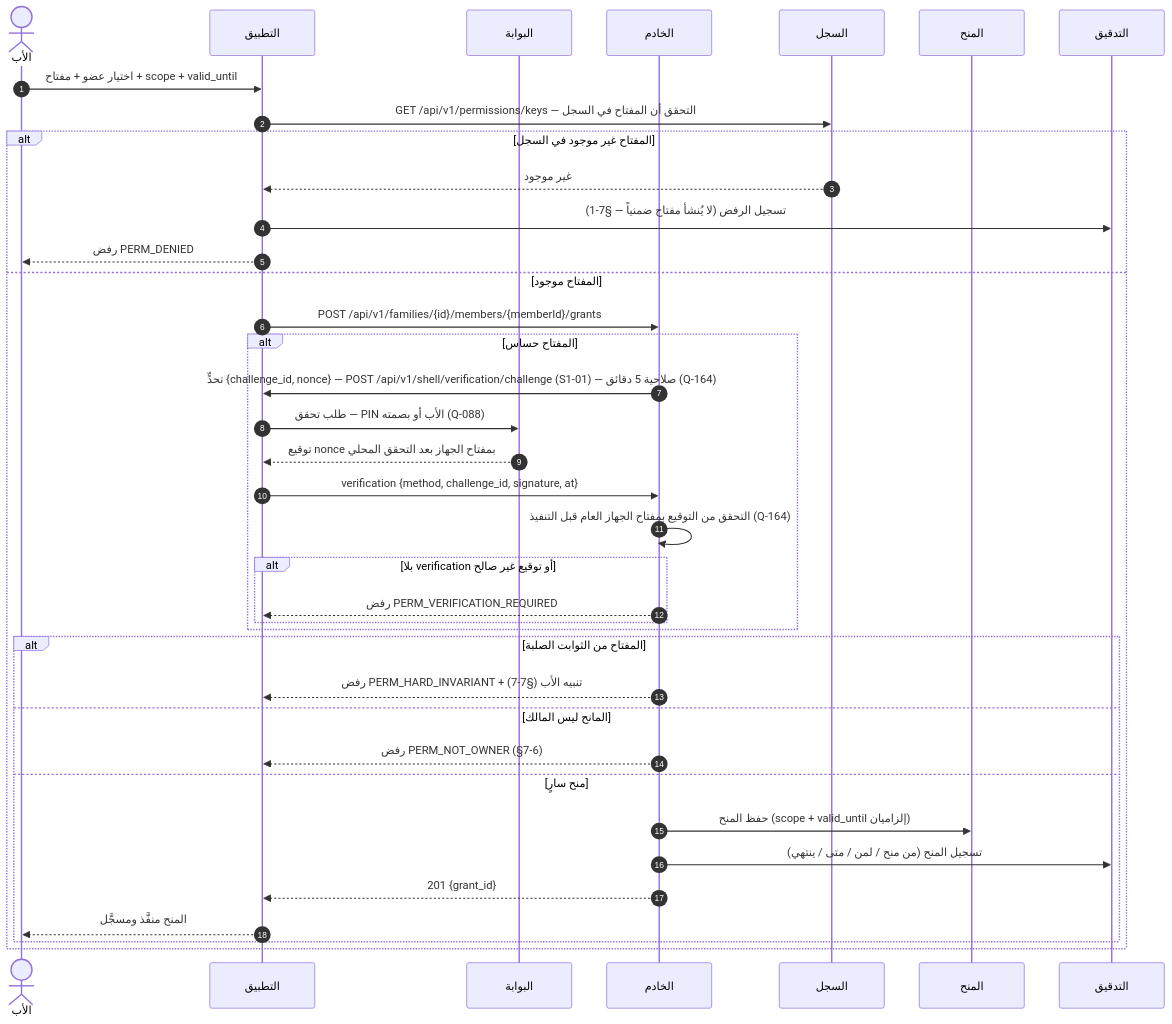
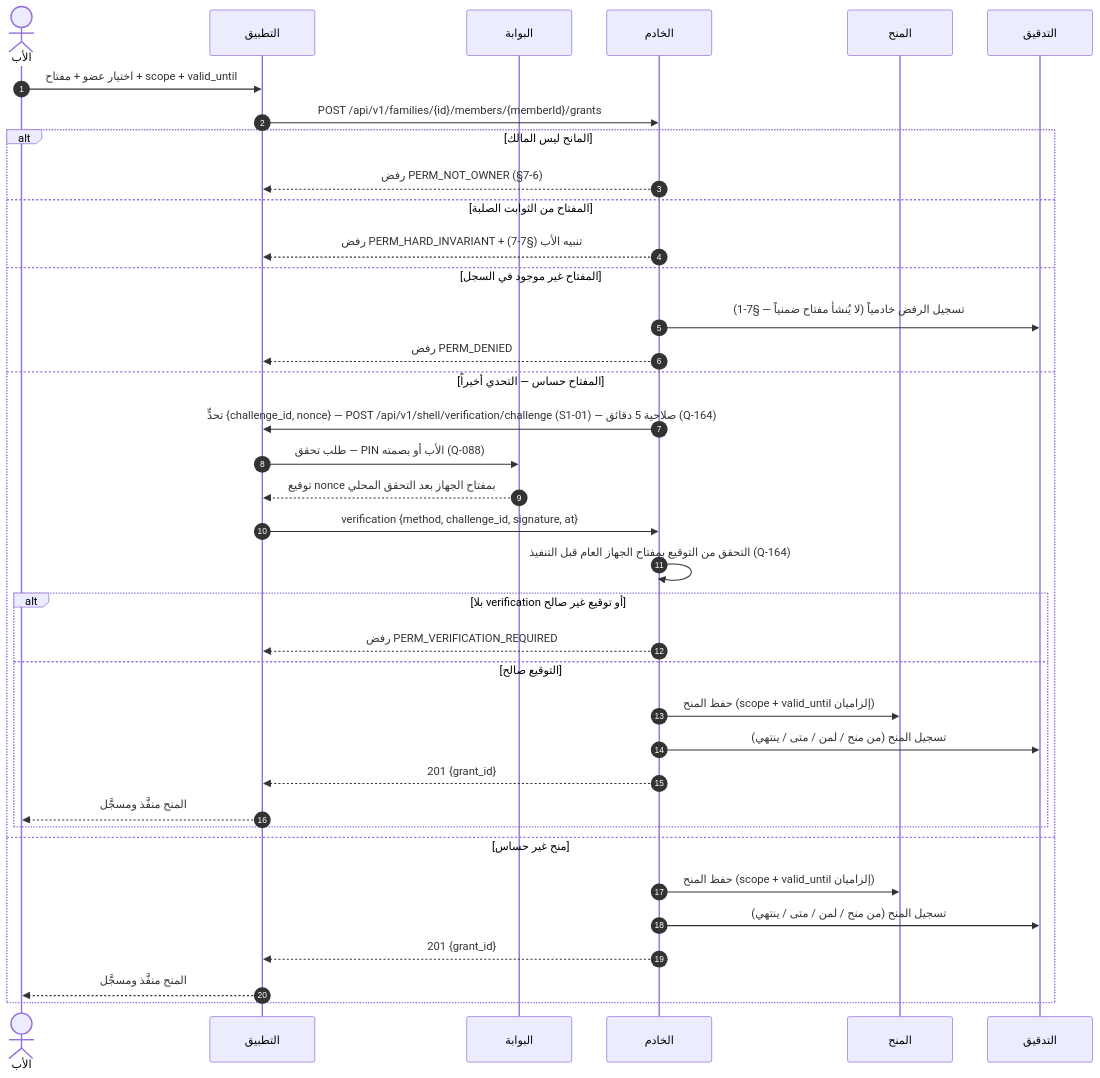
The third of 14 diagrams in docs/family-os/governance/phases/phase-1/S1-03-family-roles-and-permissions/DIAGRAMS.md (Bassam-mohammed-alqaeadi/family-os-v2), drawn with Mermaid before and after one commit. The commit also changed other lines of this file and 1 other file, not shown here.

Commit message:
B6: S1-03 — ترتيب الفحص والتدقيق الخادمي وإعادة التحدي (3 بنود)

````diff
--- a/docs/family-os/governance/phases/phase-1/S1-03-family-roles-and-permissions/DIAGRAMS.md
+++ b/docs/family-os/governance/phases/phase-1/S1-03-family-roles-and-permissions/DIAGRAMS.md
@@ -200,40 +200,39 @@
 ```mermaid
 sequenceDiagram
     autonumber
     actor Father as الأب
     participant App as التطبيق
     participant S101 as البوابة
     participant Ktor as الخادم
-    participant Keys as السجل
     participant Grants as المنح
     participant Audit as التدقيق
     Father->>App: اختيار عضو + مفتاح + scope + valid_until
-    App->>Keys: GET /api/v1/permissions/keys — التحقق أن المفتاح في السجل
-    alt المفتاح غير موجود في السجل
-        Keys-->>App: غير موجود
-        App->>Audit: تسجيل الرفض (لا يُنشأ مفتاح ضمنياً — §7-1)
-        App-->>Father: رفض PERM_DENIED
-    else المفتاح موجود
-        App->>Ktor: POST /api/v1/families/{id}/members/{memberId}/grants
-        alt المفتاح حساس
-            Ktor->>App: تحدٍّ {challenge_id, nonce} — POST /api/v1/shell/verification/challenge (S1-01) — صلاحية 5 دقائق (Q-164)
-            App->>S101: طلب تحقق — PIN الأب أو بصمته (Q-088)
-            S101-->>App: توقيع nonce بمفتاح الجهاز بعد التحقق المحلي
-            App->>Ktor: verification {method, challenge_id, signature, at}
-            Ktor->>Ktor: التحقق من التوقيع بمفتاح الجهاز العام قبل التنفيذ (Q-164)
-            alt بلا verification أو توقيع غير صالح
-                Ktor-->>App: رفض PERM_VERIFICATION_REQUIRED
-            end
-        end
-        alt المفتاح من الثوابت الصلبة
-            Ktor-->>App: رفض PERM_HARD_INVARIANT + تنبيه الأب (§7-7)
-        else المانح ليس المالك
-            Ktor-->>App: رفض PERM_NOT_OWNER (§7-6)
-        else منح سارٍ
+    App->>Ktor: POST /api/v1/families/{id}/members/{memberId}/grants
+    alt المانح ليس المالك
+        Ktor-->>App: رفض PERM_NOT_OWNER (§7-6)
+    else المفتاح من الثوابت الصلبة
+        Ktor-->>App: رفض PERM_HARD_INVARIANT + تنبيه الأب (§7-7)
+    else المفتاح غير موجود في السجل
+        Ktor->>Audit: تسجيل الرفض خادمياً (لا يُنشأ مفتاح ضمنياً — §7-1)
+        Ktor-->>App: رفض PERM_DENIED
+    else المفتاح حساس — التحدي أخيراً
+        Ktor->>App: تحدٍّ {challenge_id, nonce} — POST /api/v1/shell/verification/challenge (S1-01) — صلاحية 5 دقائق (Q-164)
+        App->>S101: طلب تحقق — PIN الأب أو بصمته (Q-088)
+        S101-->>App: توقيع nonce بمفتاح الجهاز بعد التحقق المحلي
+        App->>Ktor: verification {method, challenge_id, signature, at}
+        Ktor->>Ktor: التحقق من التوقيع بمفتاح الجهاز العام قبل التنفيذ (Q-164)
+        alt بلا verification أو توقيع غير صالح
+            Ktor-->>App: رفض PERM_VERIFICATION_REQUIRED
+        else التوقيع صالح
             Ktor->>Grants: حفظ المنح (scope + valid_until إلزاميان)
             Ktor->>Audit: تسجيل المنح (من منح / لمن / متى / ينتهي)
             Ktor-->>App: 201 {grant_id}
             App-->>Father: المنح منفَّذ ومسجَّل
         end
+    else منح غير حساس
+        Ktor->>Grants: حفظ المنح (scope + valid_until إلزاميان)
+        Ktor->>Audit: تسجيل المنح (من منح / لمن / متى / ينتهي)
+        Ktor-->>App: 201 {grant_id}
+        App-->>Father: المنح منفَّذ ومسجَّل
     end
 ```
````
